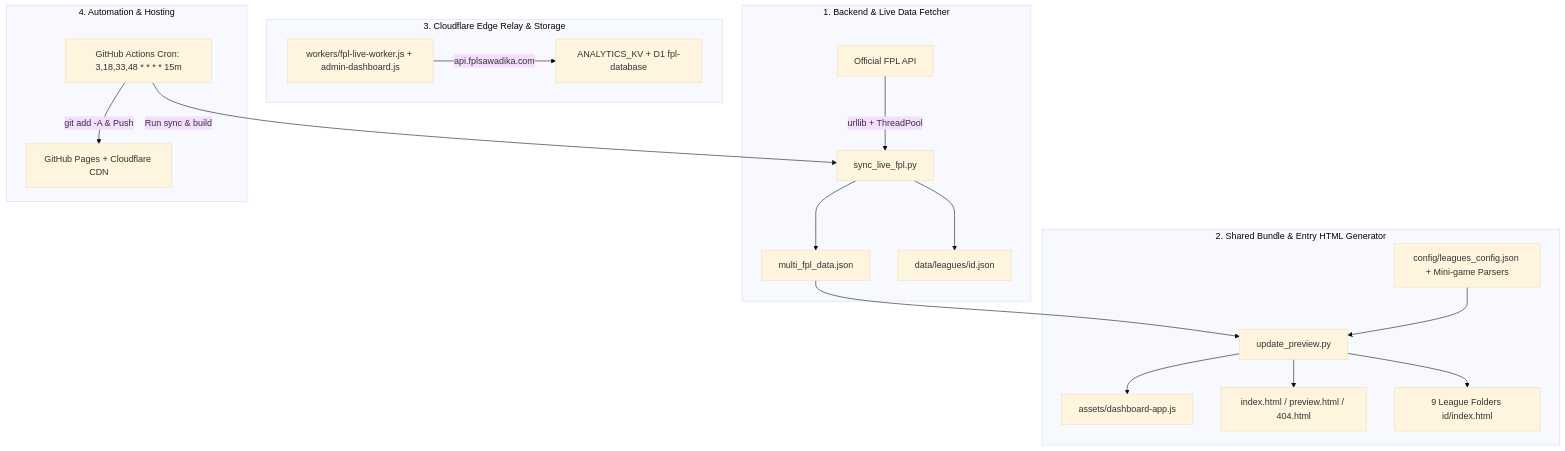
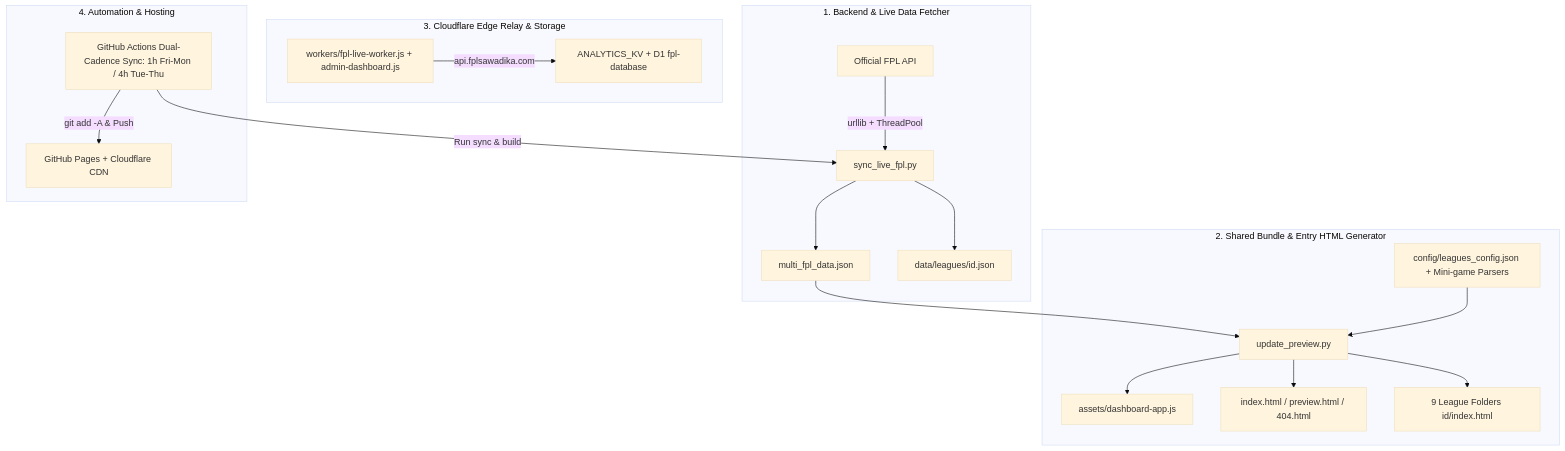
Before and after one commit to asawamanasak/fpl-mini: the diagram in PROJECT_CONTEXT.md, drawn with Mermaid (base theme). The commit also changed other lines of this file, not shown here.

Commit message:
docs: update PROJECT_CONTEXT.md with Nov 21-22 features and next roadmap

````diff
--- a/PROJECT_CONTEXT.md
+++ b/PROJECT_CONTEXT.md
@@ -60,25 +60,25 @@
 ```mermaid
 flowchart TD
     subgraph Data Layer [1. Backend & Live Data Fetcher]
         A[Official FPL API] -->|urllib + ThreadPool| B[sync_live_fpl.py]
         B --> C[multi_fpl_data.json]
         B --> D[data/leagues/id.json]
     end
 
     subgraph Build Layer [2. Shared Bundle & Entry HTML Generator]
         C --> E[update_preview.py]
         F[config/leagues_config.json + Mini-game Parsers] --> E
         E --> G[assets/dashboard-app.js]
         E --> H[index.html / preview.html / 404.html]
         E --> I[9 League Folders id/index.html]
     end
 
     subgraph Edge Layer [3. Cloudflare Edge Relay & Storage]
         W[workers/fpl-live-worker.js + admin-dashboard.js] -->|api.fplsawadika.com| KV[ANALYTICS_KV + D1 fpl-database]
     end
 
     subgraph CI/CD Layer [4. Automation & Hosting]
-        J[GitHub Actions Cron: 3,18,33,48 * * * * 15m] -->|Run sync & build| B
+        J[GitHub Actions Dual-Cadence Sync: 1h Fri-Mon / 4h Tue-Thu] -->|Run sync & build| B
         J -->|git add -A & Push| K[GitHub Pages + Cloudflare CDN]
     end
 ```
````
